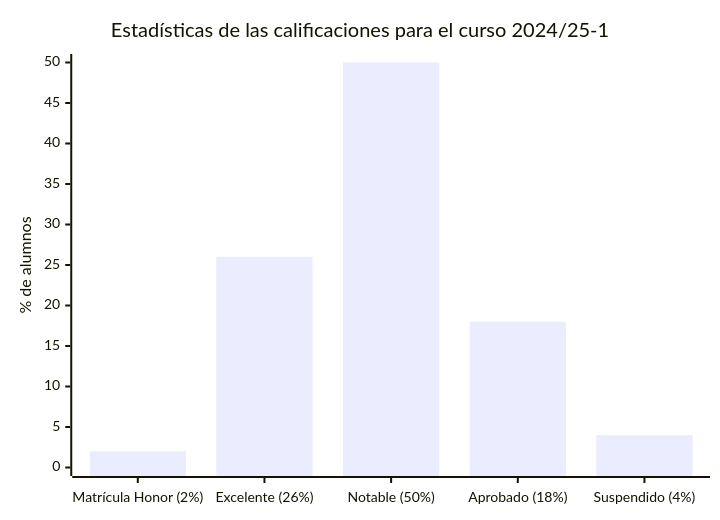
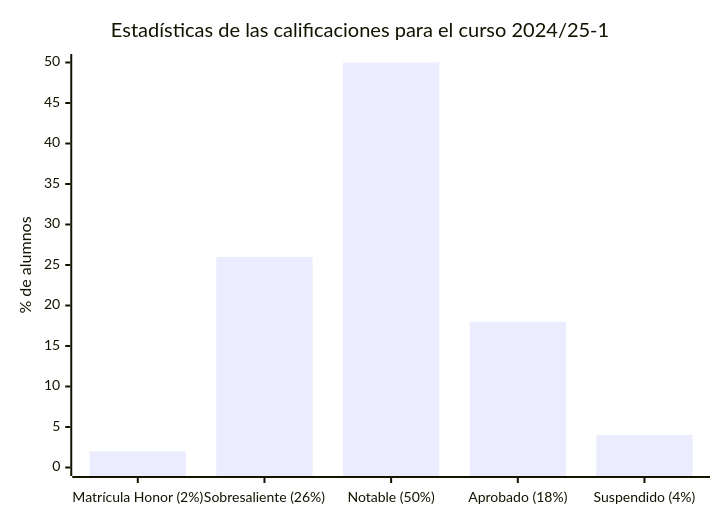
The diagram in administracion_y_gestion_de organizaciones/README.md (HenestrosaDev/uoc-ingenieria-informatica), drawn with Mermaid before and after one commit. The commit also changed other lines of this file and 3 other files, not shown here.

````diff
--- a/administracion_y_gestion_de organizaciones/README.md
+++ b/administracion_y_gestion_de organizaciones/README.md
@@ -12,7 +12,7 @@
 ```mermaid
 xychart-beta
 		title "Estadísticas de las calificaciones para el curso 2024/25-1"
-		x-axis ["Matrícula Honor (2%)", "Excelente (26%)", "Notable (50%)", "Aprobado (18%)", "Suspendido (4%)"]
+		x-axis ["Matrícula Honor (2%)", "Sobresaliente (26%)", "Notable (50%)", "Aprobado (18%)", "Suspendido (4%)"]
 		y-axis "% de alumnos" 0 --> 50
 		bar [2, 26, 50, 18, 4]
 ```
````
